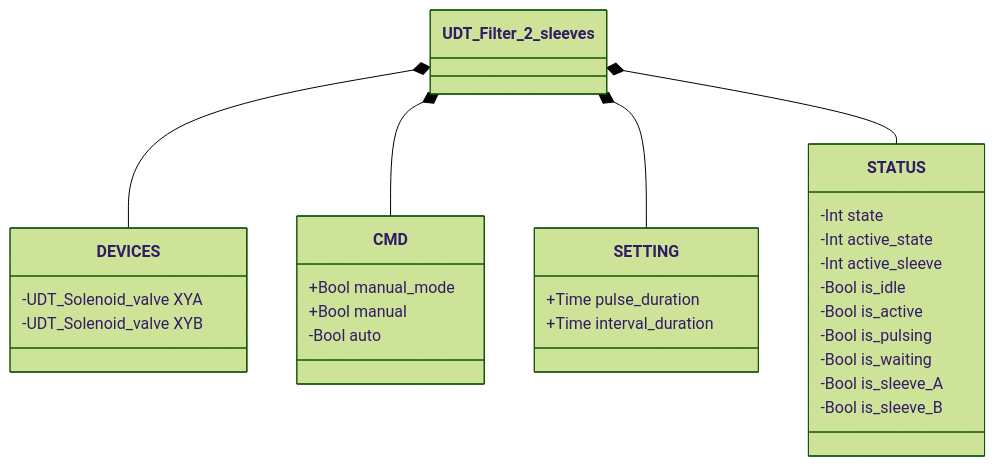
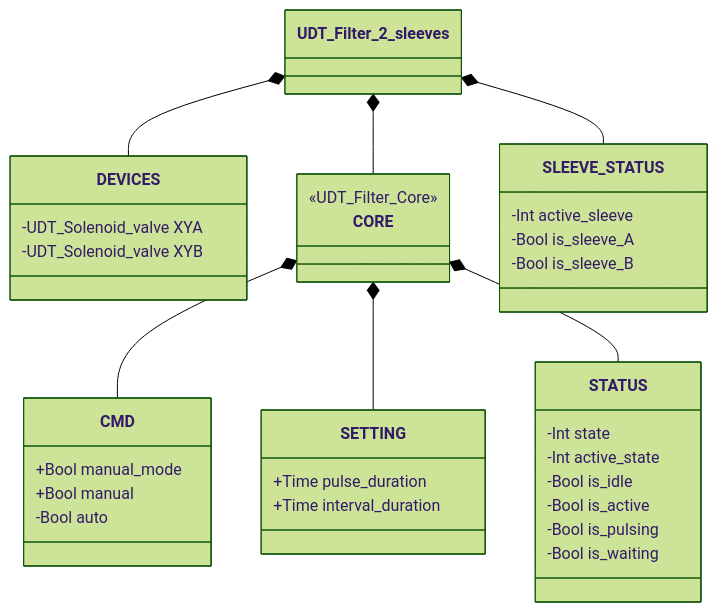
One commit to AleFire99/TIA_knowledge changed the first of 2 diagrams in docs/en/library/filters/2-sleeves/index.md. Above: the diagram before and after it, drawn with Mermaid (forest theme). The commit also changed other lines of this file and 153 other files, not shown here.

````diff
--- a/docs/en/library/filters/2-sleeves/index.md
+++ b/docs/en/library/filters/2-sleeves/index.md
@@ -22,32 +22,39 @@
 ```mermaid
 classDiagram
     class UDT_Filter_2_sleeves
     class DEVICES {
         -UDT_Solenoid_valve XYA
         -UDT_Solenoid_valve XYB
+    }
+    class CORE {
+        <<UDT_Filter_Core>>
     }
     class CMD {
         +Bool manual_mode
         +Bool manual
         -Bool auto
     }
     class SETTING {
         +Time pulse_duration
         +Time interval_duration
     }
     class STATUS {
         -Int state
         -Int active_state
-        -Int active_sleeve
         -Bool is_idle
         -Bool is_active
         -Bool is_pulsing
         -Bool is_waiting
+    }
+    class SLEEVE_STATUS {
+        -Int active_sleeve
         -Bool is_sleeve_A
         -Bool is_sleeve_B
     }
     UDT_Filter_2_sleeves *-- DEVICES
-    UDT_Filter_2_sleeves *-- CMD
-    UDT_Filter_2_sleeves *-- SETTING
-    UDT_Filter_2_sleeves *-- STATUS
+    UDT_Filter_2_sleeves *-- CORE
+    UDT_Filter_2_sleeves *-- SLEEVE_STATUS
+    CORE *-- CMD
+    CORE *-- SETTING
+    CORE *-- STATUS
 ```
````
